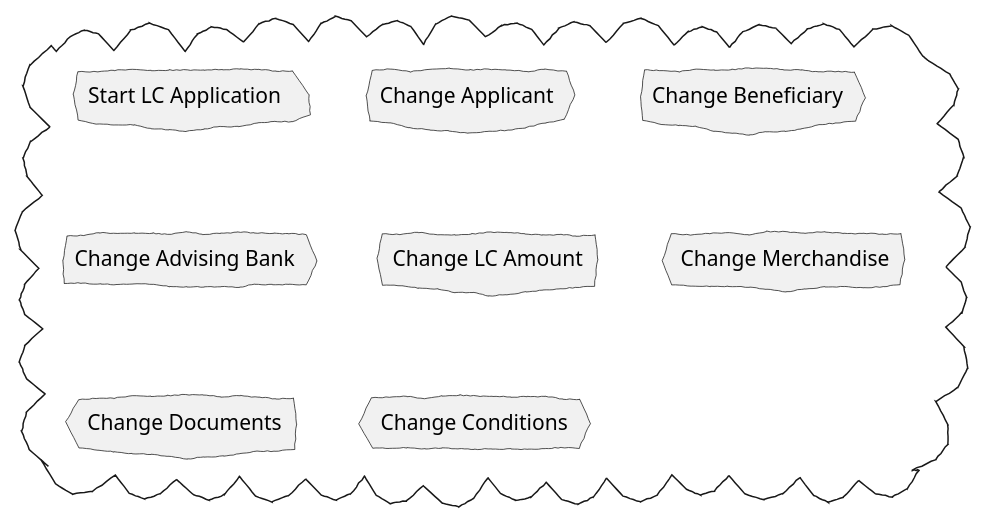
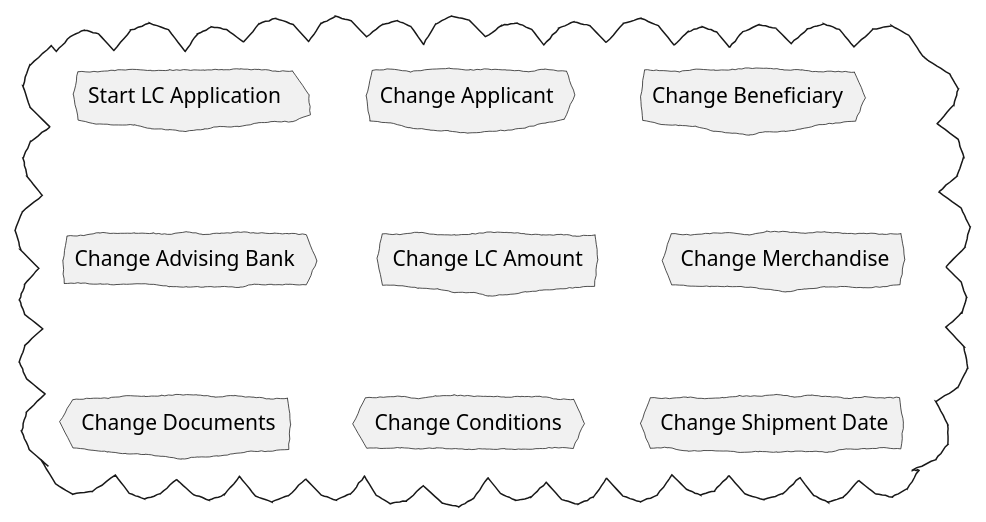
The second of 2 diagrams in book/src/docs/asciidoc/06-implementing-a-task-based-ui.adoc (PacktPublishing/Domain-Driven-Design-with-Java-A-Practitioner-s-Guide), drawn with PlantUML before and after one commit. The commit also changed other lines of this file and 2 other files, not shown here.

```diff
--- a/book/src/docs/asciidoc/06-implementing-a-task-based-ui.adoc
+++ b/book/src/docs/asciidoc/06-implementing-a-task-based-ui.adoc
@@ -158,19 +141,20 @@
 [plantuml,revised-commands-recap]
 ....
 @startuml
 skinparam handwritten true
 skinparam CloudFontName "Gloria Hallelujah"
 
 cloud {
     cloud "Start LC Application"
     cloud "Change Applicant"
     cloud "Change Beneficiary"
     cloud "Change Advising Bank"
     cloud "Change LC Amount"
     cloud "Change Merchandise"
     cloud "Change Documents"
     cloud "Change Conditions"
+    cloud "Change Shipment Date"
 }
 
 @enduml
 ....
```
